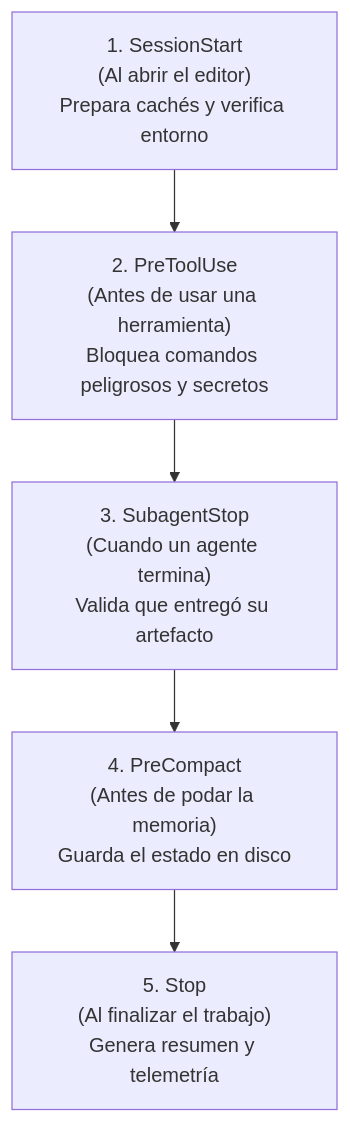
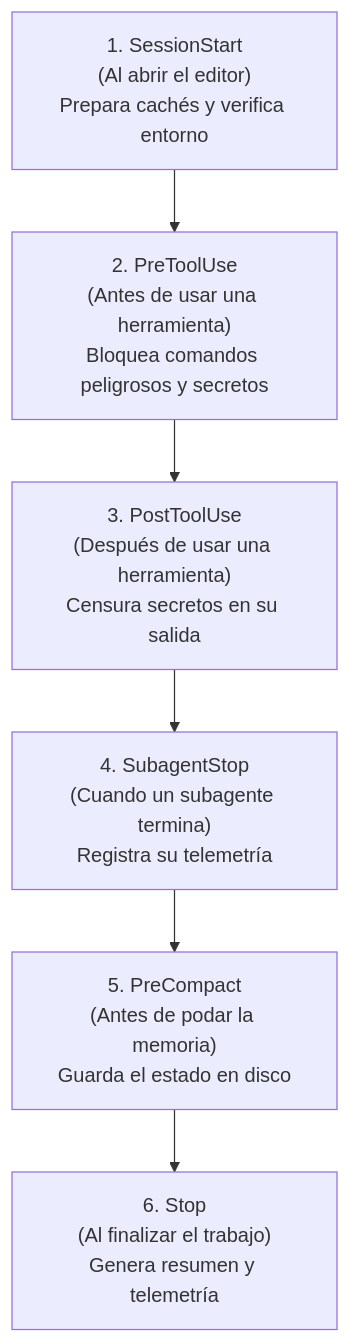
The diagram in openwiki/hooks-runtime/lifecycle.md (Snakeblack/ospec-workflow), drawn with Mermaid before and after one commit. The commit also changed other lines of this file and 27 other files, not shown here.

````diff
--- a/openwiki/hooks-runtime/lifecycle.md
+++ b/openwiki/hooks-runtime/lifecycle.md
@@ -9,17 +9,20 @@
 ```mermaid
 flowchart TD
     E1["1. SessionStart
 (Al abrir el editor)
 Prepara cachés y verifica entorno"] --> E2["2. PreToolUse
 (Antes de usar una herramienta)
 Bloquea comandos peligrosos y secretos"]
-    E2 --> E3["3. SubagentStop
-(Cuando un agente termina)
-Valida que entregó su artefacto"]
-    E3 --> E4["4. PreCompact
+    E2 --> E3["3. PostToolUse
+(Después de usar una herramienta)
+Censura secretos en su salida"]
+    E3 --> E4["4. SubagentStop
+(Cuando un subagente termina)
+Registra su telemetría"]
+    E4 --> E5["5. PreCompact
 (Antes de podar la memoria)
 Guarda el estado en disco"]
-    E4 --> E5["5. Stop
+    E5 --> E6["6. Stop
 (Al finalizar el trabajo)
 Genera resumen y telemetría"]
 ```
````
